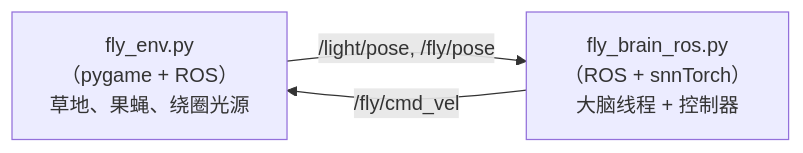
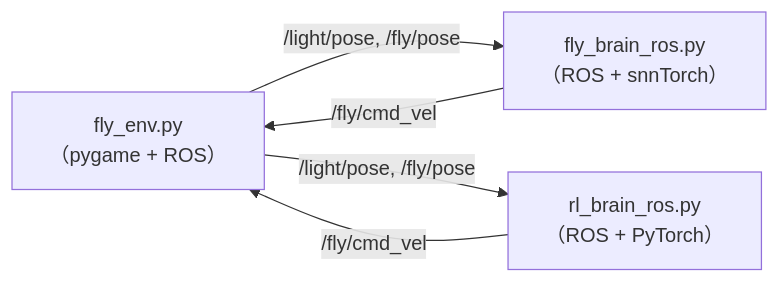
One commit to Libra-missing/Fruit-fly-light-pursuit-by-Fruit-fly-brain-modeling- changed the diagram in README.zh-CN.md. Above: the diagram before and after it, drawn with Mermaid. The commit also changed other lines of this file, not shown here.

````diff
--- a/README.zh-CN.md
+++ b/README.zh-CN.md
@@ -44,8 +67,13 @@
 ```mermaid
 flowchart LR
-    ENV["fly_env.py<br/>（pygame + ROS）<br/>草地、果蝇、绕圈光源"]
-    BRAIN["fly_brain_ros.py<br/>（ROS + snnTorch）<br/>大脑线程 + 控制器"]
+    ENV["fly_env.py<br/>（pygame + ROS）"]
+    
+    SNN["fly_brain_ros.py<br/>（ROS + snnTorch）"]
+    RL["rl_brain_ros.py<br/>（ROS + PyTorch）"]
 
-    ENV -- "/light/pose, /fly/pose" --> BRAIN
-    BRAIN -- "/fly/cmd_vel" --> ENV
+    ENV -- "/light/pose, /fly/pose" --> SNN
+    SNN -- "/fly/cmd_vel" --> ENV
+    
+    ENV -- "/light/pose, /fly/pose" --> RL
+    RL -- "/fly/cmd_vel" --> ENV
 ```
````
